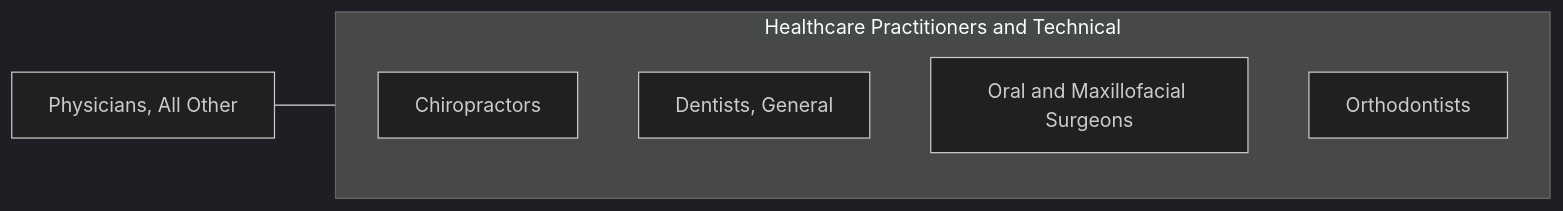
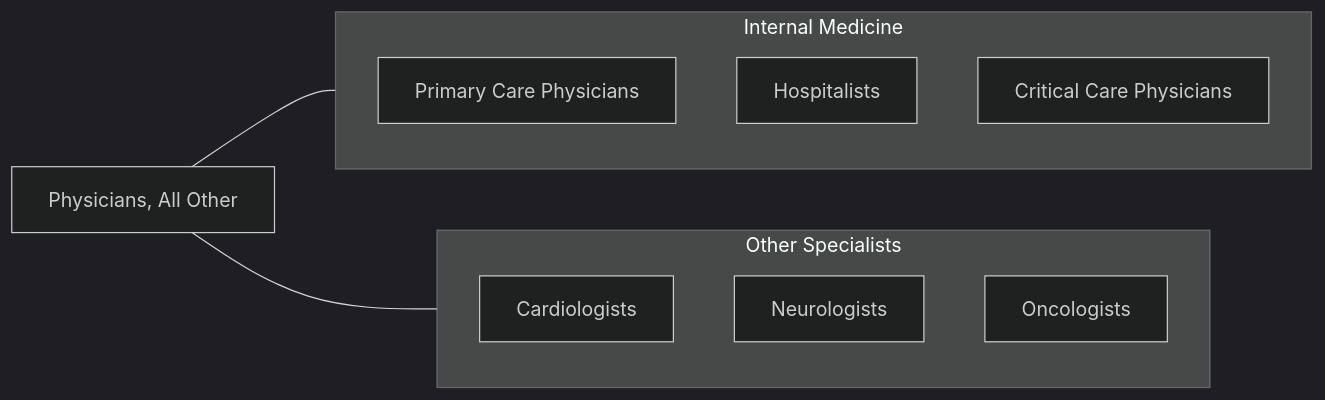
One commit to kziemski/business.org.ai changed the fourth of 4 diagrams in occupations/HealthcarePractitioners/Physicians.mdx. Above: the diagram before and after it, drawn with Mermaid (dark theme). The commit also changed other lines of this file and 938 other files, not shown here.

````diff
--- a/occupations/HealthcarePractitioners/Physicians.mdx
+++ b/occupations/HealthcarePractitioners/Physicians.mdx
@@ -140,13 +181,19 @@
 ```mermaid
 graph LR
     Current["Physicians, All Other"]
 
-    subgraph SameCategory["Healthcare Practitioners and Technical"]
-        Chiropractors["Chiropractors"]
-        DentistsGeneral["Dentists, General"]
-        OralAndMaxillofacial["Oral and Maxillofacial Surgeons"]
-        Orthodontists["Orthodontists"]
+    subgraph InternalMed["Internal Medicine"]
+        PrimaryCare["Primary Care Physicians"]
+        Hospitalists["Hospitalists"]
+        Intensivists["Critical Care Physicians"]
     end
 
-    Current --- SameCategory
+    subgraph Specialists["Other Specialists"]
+        Cardiologists["Cardiologists"]
+        Neurologists["Neurologists"]
+        Oncologists["Oncologists"]
+    end
+
+    Current --- InternalMed
+    Current --- Specialists
 ```
````
